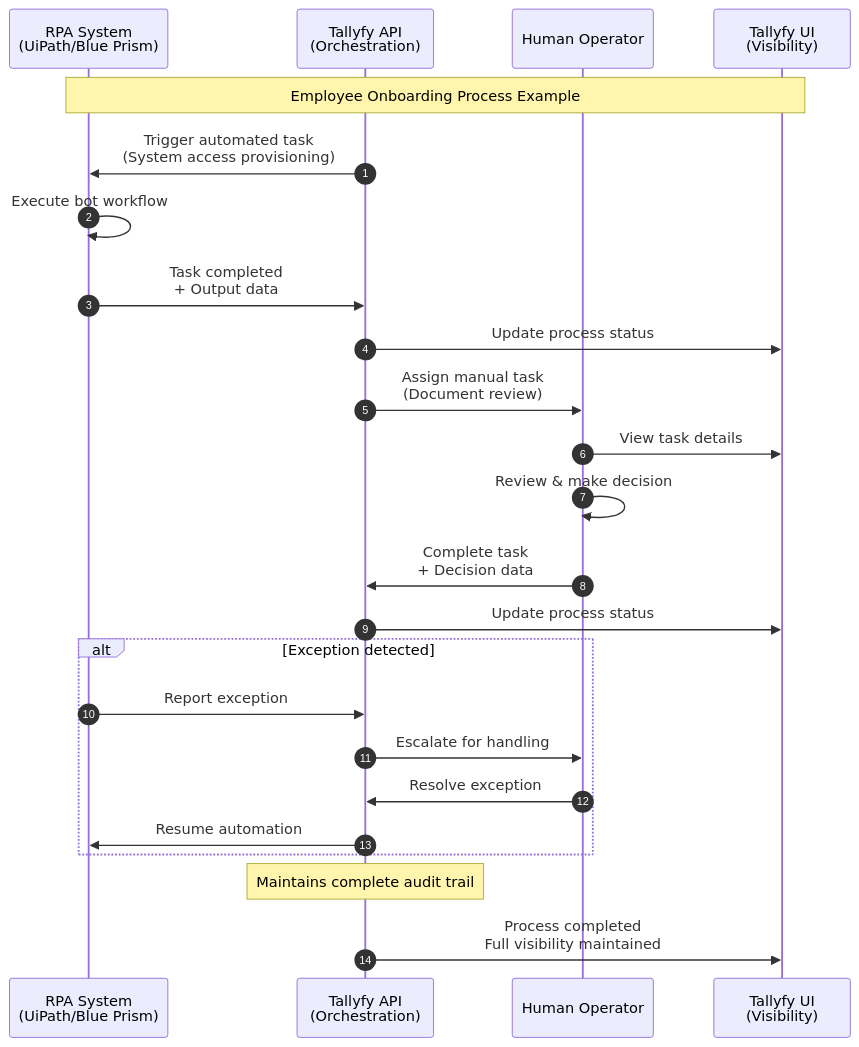
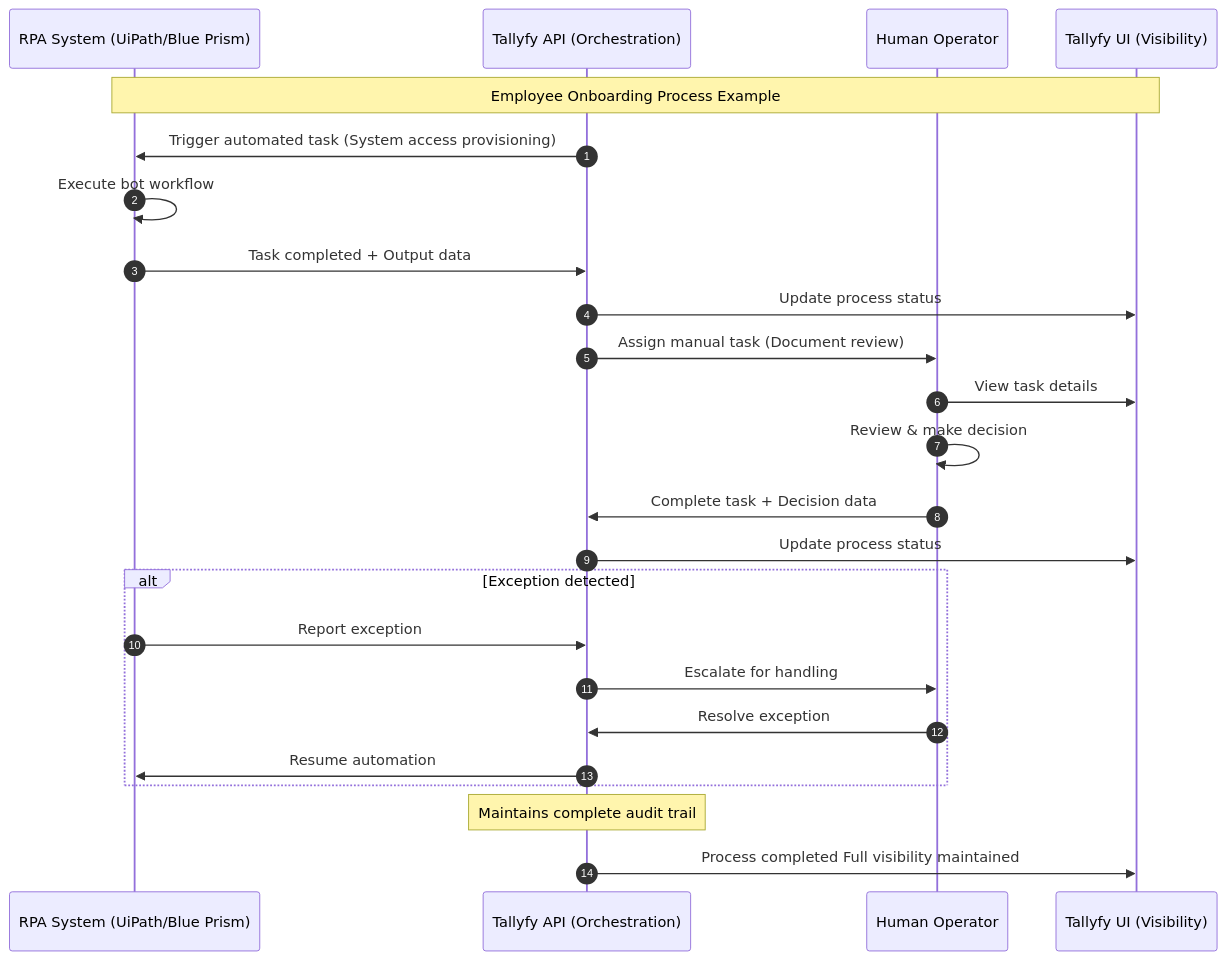
The diagram in src/content/docs/pro/integrations/open-api/how-does-tallyfy-combine-rpa-systems-and-human-operators.mdx (tallyfy/documentation), drawn with Mermaid before and after one commit. The commit also changed 46 other files, not shown here.

Commit message:
Update Mermaid notation

````diff
--- a/src/content/docs/pro/integrations/open-api/how-does-tallyfy-combine-rpa-systems-and-human-operators.mdx
+++ b/src/content/docs/pro/integrations/open-api/how-does-tallyfy-combine-rpa-systems-and-human-operators.mdx
@@ -50,31 +50,31 @@
 ```mermaid
 sequenceDiagram
-    autonumber
-    participant RPA as RPA System<br/>(UiPath/Blue Prism)
-    participant API as Tallyfy API<br/>(Orchestration)
-    participant Human as Human Operator
-    participant UI as Tallyfy UI<br/>(Visibility)
-    
-    Note over RPA,UI: Employee Onboarding Process Example
-    
-    API->>RPA: Trigger automated task<br/>(System access provisioning)
-    RPA->>RPA: Execute bot workflow
-    RPA->>API: Task completed<br/>+ Output data
-    API->>UI: Update process status
-    
-    API->>Human: Assign manual task<br/>(Document review)
-    Human->>UI: View task details
-    Human->>Human: Review & make decision
-    Human->>API: Complete task<br/>+ Decision data
-    API->>UI: Update process status
-    
-    alt Exception detected
-        RPA->>API: Report exception
-        API->>Human: Escalate for handling
-        Human->>API: Resolve exception
-        API->>RPA: Resume automation
-    end
-    
-    Note over API: Maintains complete audit trail
-    API->>UI: Process completed<br/>Full visibility maintained
+ autonumber
+ participant RPA as RPA System (UiPath/Blue Prism)
+ participant API as Tallyfy API (Orchestration)
+ participant Human as Human Operator
+ participant UI as Tallyfy UI (Visibility)
+ 
+ Note over RPA,UI: Employee Onboarding Process Example
+ 
+ API->>RPA: Trigger automated task (System access provisioning)
+ RPA->>RPA: Execute bot workflow
+ RPA->>API: Task completed + Output data
+ API->>UI: Update process status
+ 
+ API->>Human: Assign manual task (Document review)
+ Human->>UI: View task details
+ Human->>Human: Review & make decision
+ Human->>API: Complete task + Decision data
+ API->>UI: Update process status
+ 
+ alt Exception detected
+ RPA->>API: Report exception
+ API->>Human: Escalate for handling
+ Human->>API: Resolve exception
+ API->>RPA: Resume automation
+ end
+ 
+ Note over API: Maintains complete audit trail
+ API->>UI: Process completed Full visibility maintained
 ```
````
